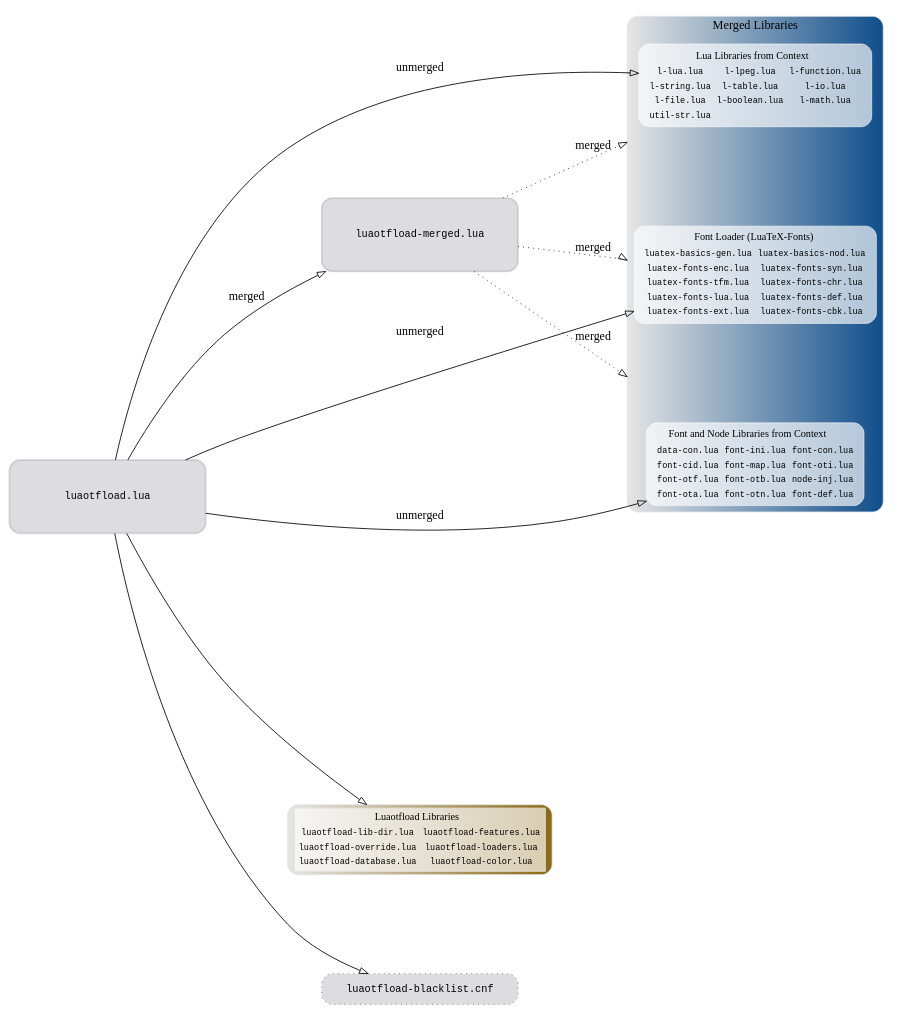
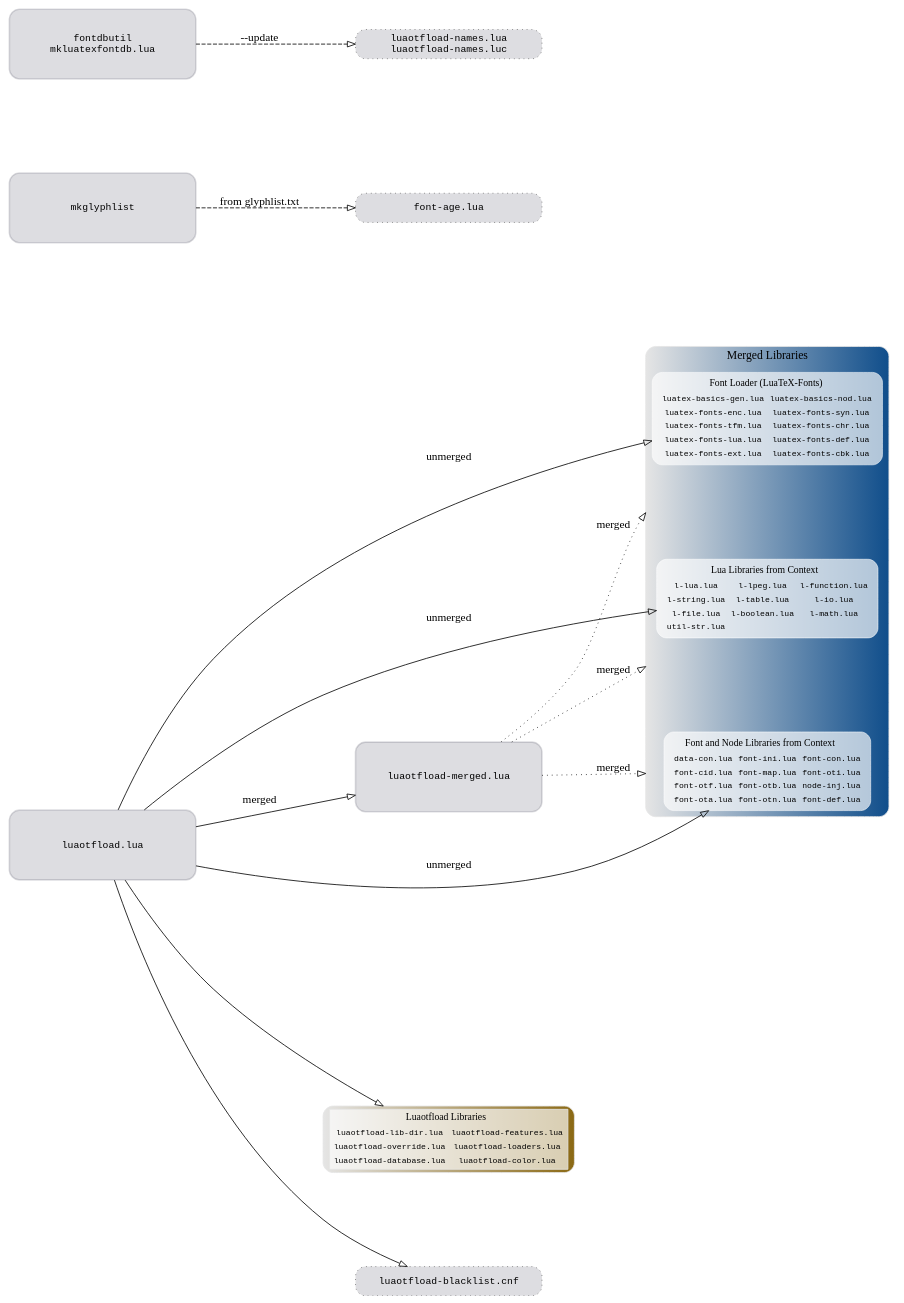
Before and after one commit to latex3/luaotfload: the diagram in filegraph.dot, drawn with Graphviz.

Commit message:
mention fontdbutil and mkglyphlist in file graph

```diff
--- a/filegraph.dot
+++ b/filegraph.dot
@@ -35,6 +35,10 @@
     luaotfload -> luaotfload_libs
     luaotfload -> otfl_blacklist_cnf
 
+    mkglyphlist -> font_age     [label="from glyphlist.txt",
+                                 style=dashed]
+    fontdbutil  -> font_names   [label="--update",
+                                 style=dashed]
 
     otfl_fonts_merged -> merged_lua_libs     [label="merged",
                                               style=dotted,
@@ -51,6 +55,22 @@
 /* ····································································
  * main files
  * ································································· */
+
+    fontdbutil        [label  = "fontdbutil\nmkluatexfontdb.lua",
+                       shape  = rect,
+                       width  = "3.2cm",
+                       height = "1.2cm",
+                       color  = "#01012222",
+                       style  = "filled,rounded",
+                       penwidth=2]
+
+    mkglyphlist       [label  = "mkglyphlist",
+                       shape  = rect,
+                       width  = "3.2cm",
+                       height = "1.2cm",
+                       color  = "#01012222",
+                       style  = "filled,rounded",
+                       penwidth=2]
 
     luaotfload        [label  = "luaotfload.lua",
                        shape  = rect,
@@ -80,6 +100,22 @@
  * luaotfload files
  * ································································· */
 
+
+    font_age [style      = "filled,dashed",
+              shape      = rect,
+              width      = "3.2cm",
+              fillcolor  = "#01012222",
+              color      = grey40,
+              style      = "filled,dotted,rounded",
+              label      = "font-age.lua"]
+
+    font_names [style      = "filled,dashed",
+                shape      = rect,
+                width      = "3.2cm",
+                fillcolor  = "#01012222",
+                color      = grey40,
+                style      = "filled,dotted,rounded",
+                label      = "luaotfload-names.lua\nluaotfload-names.luc"]
 
     otfl_blacklist_cnf [style      = "filled,dashed",
                         shape      = rect,
```
